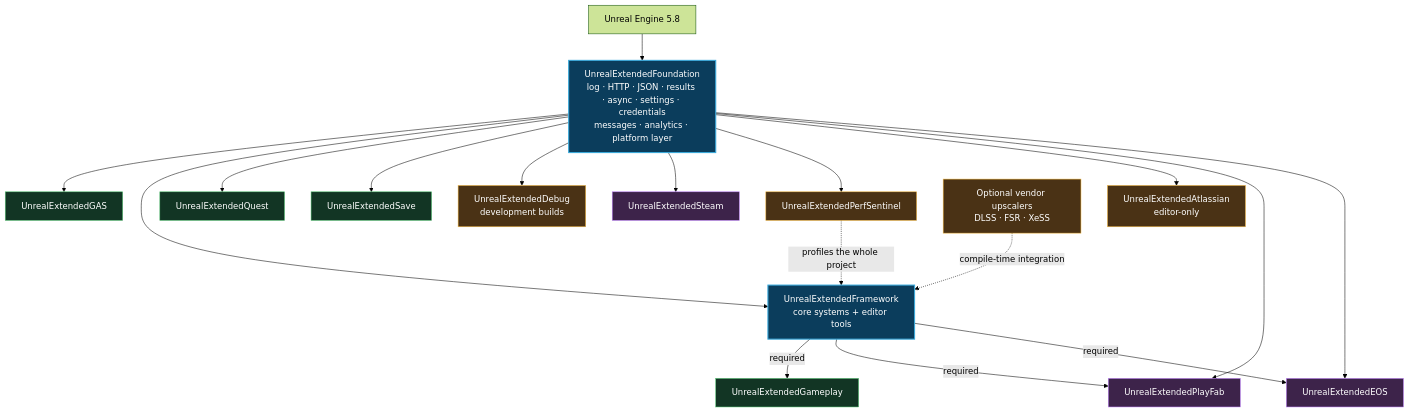
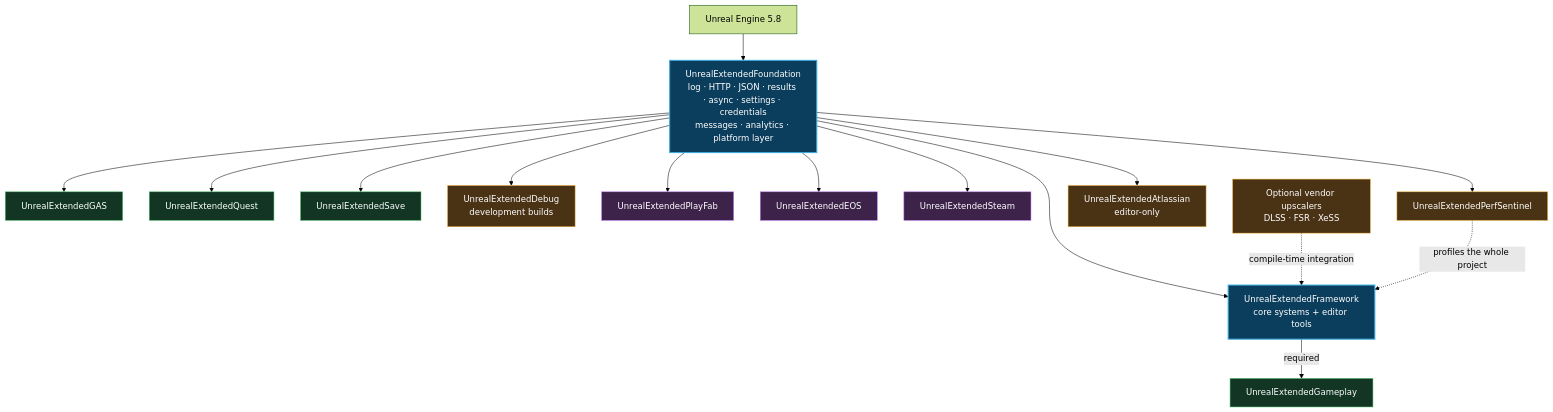
The diagram in README.md (ElderDeveloper/UnrealExtendedFramework), drawn with Mermaid (forest theme) before and after one commit. The commit also changed other lines of this file and 96 other files, not shown here.

````diff
--- a/README.md
+++ b/README.md
@@ -80,43 +80,41 @@
 ```mermaid
 flowchart TB
     UE["Unreal Engine 5.8"]
     Foundation["UnrealExtendedFoundation<br/>log · HTTP · JSON · results · async · settings · credentials<br/>messages · analytics · platform layer"]
     Core["UnrealExtendedFramework<br/>core systems + editor tools"]
     Gameplay["UnrealExtendedGameplay"]
     GAS["UnrealExtendedGAS"]
     Quest["UnrealExtendedQuest"]
     Save["UnrealExtendedSave"]
     Debug["UnrealExtendedDebug<br/>development builds"]
     PlayFab["UnrealExtendedPlayFab"]
     EOS["UnrealExtendedEOS"]
     Steam["UnrealExtendedSteam"]
     Perf["UnrealExtendedPerfSentinel"]
     Atlassian["UnrealExtendedAtlassian<br/>editor-only"]
     Vendor["Optional vendor upscalers<br/>DLSS · FSR · XeSS"]
 
     UE --> Foundation
     Foundation --> GAS
     Foundation --> Core
     Foundation --> Quest
     Foundation --> Save
     Foundation --> Debug
     Foundation --> Steam
     Foundation --> Perf
     Foundation --> Atlassian
     Foundation --> PlayFab
     Foundation --> EOS
     Core -->|required| Gameplay
-    Core -->|required| PlayFab
-    Core -->|required| EOS
     Vendor -. compile-time integration .-> Core
     Perf -. profiles the whole project .-> Core
 
     classDef foundation fill:#0B3D5C,stroke:#39A9DB,color:#fff,stroke-width:2px;
     classDef gameplay fill:#123524,stroke:#5AC878,color:#fff;
     classDef online fill:#3D234A,stroke:#C084FC,color:#fff;
     classDef tooling fill:#4A3215,stroke:#F5B942,color:#fff;
     class Foundation,Core foundation;
     class Gameplay,GAS,Quest,Save gameplay;
     class PlayFab,EOS,Steam online;
     class Perf,Vendor,Atlassian,Debug tooling;
 ```
````
